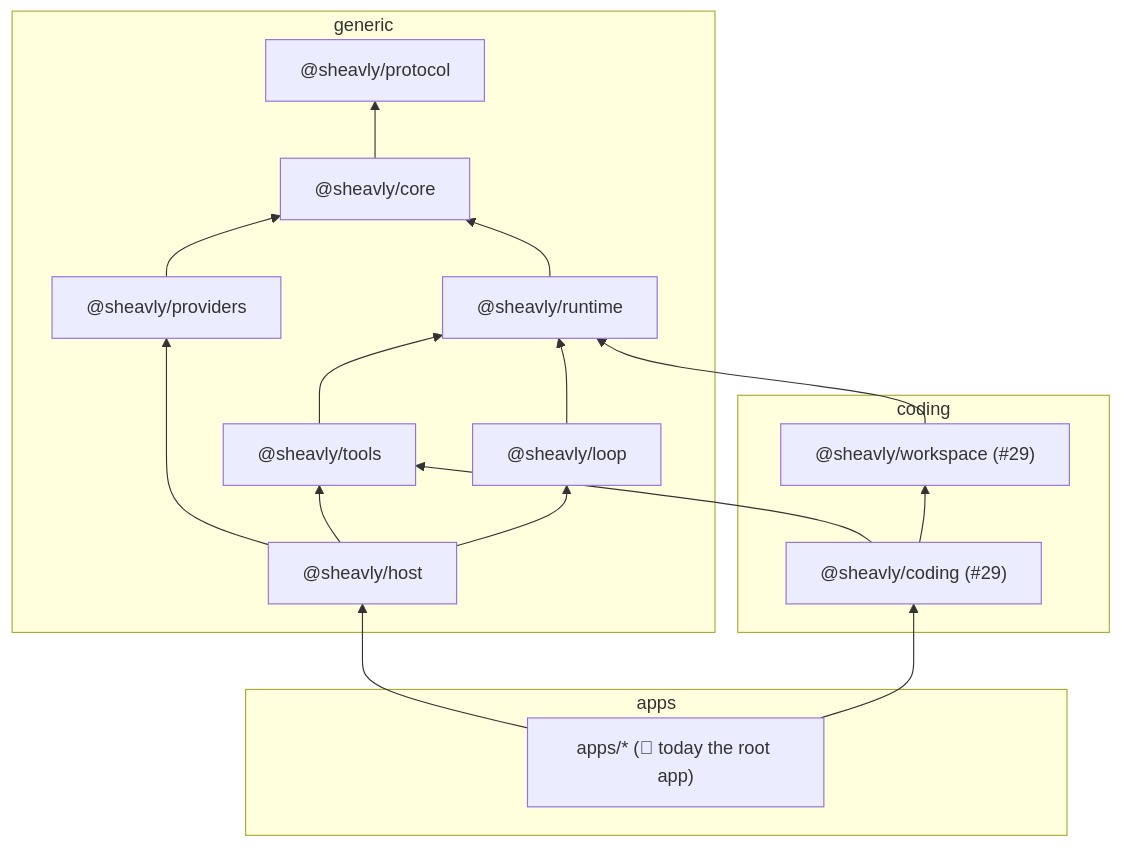
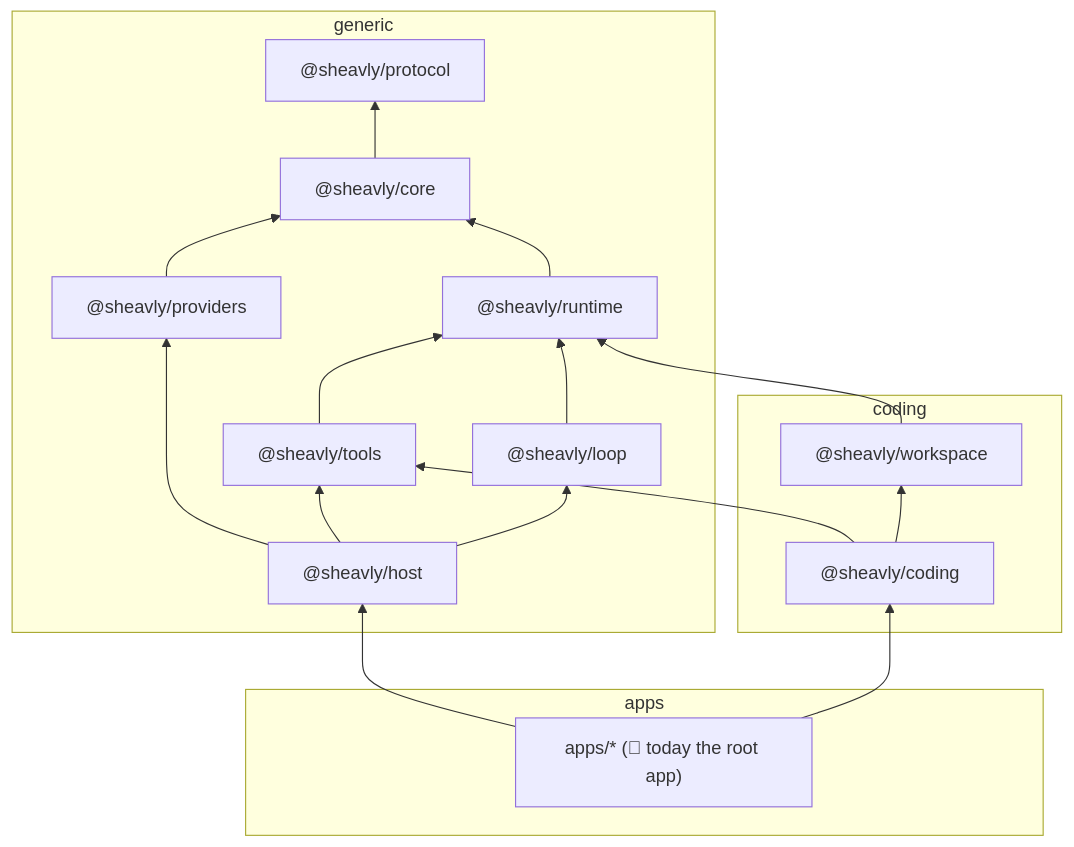
Before and after one commit to Sheavly/code: the diagram in docs/overview.md, drawn with Mermaid. The commit also changed other lines of this file and 66 other files, not shown here.

First line of the commit message:
refactor(coding): move the coding tools and preset into @sheavly/coding (#118)

````diff
--- a/docs/overview.md
+++ b/docs/overview.md
@@ -36,28 +36,28 @@
 ```mermaid
 flowchart BT
   subgraph generic
     protocol["@sheavly/protocol"]
     core["@sheavly/core"]
     providers["@sheavly/providers"]
     runtime["@sheavly/runtime"]
     tools["@sheavly/tools"]
     loop["@sheavly/loop"]
     host["@sheavly/host"]
   end
   subgraph coding
-    workspace["@sheavly/workspace (#29)"]
-    codingPkg["@sheavly/coding (#29)"]
+    workspace["@sheavly/workspace"]
+    codingPkg["@sheavly/coding"]
   end
   subgraph apps
     app["apps/* (#29; today the root app)"]
   end
   core --> protocol
   providers --> core
   runtime --> core
   tools --> runtime
   loop --> runtime
   host --> loop & tools & providers
   workspace --> runtime
   codingPkg --> workspace & tools
   app --> host & codingPkg
 ```
````
